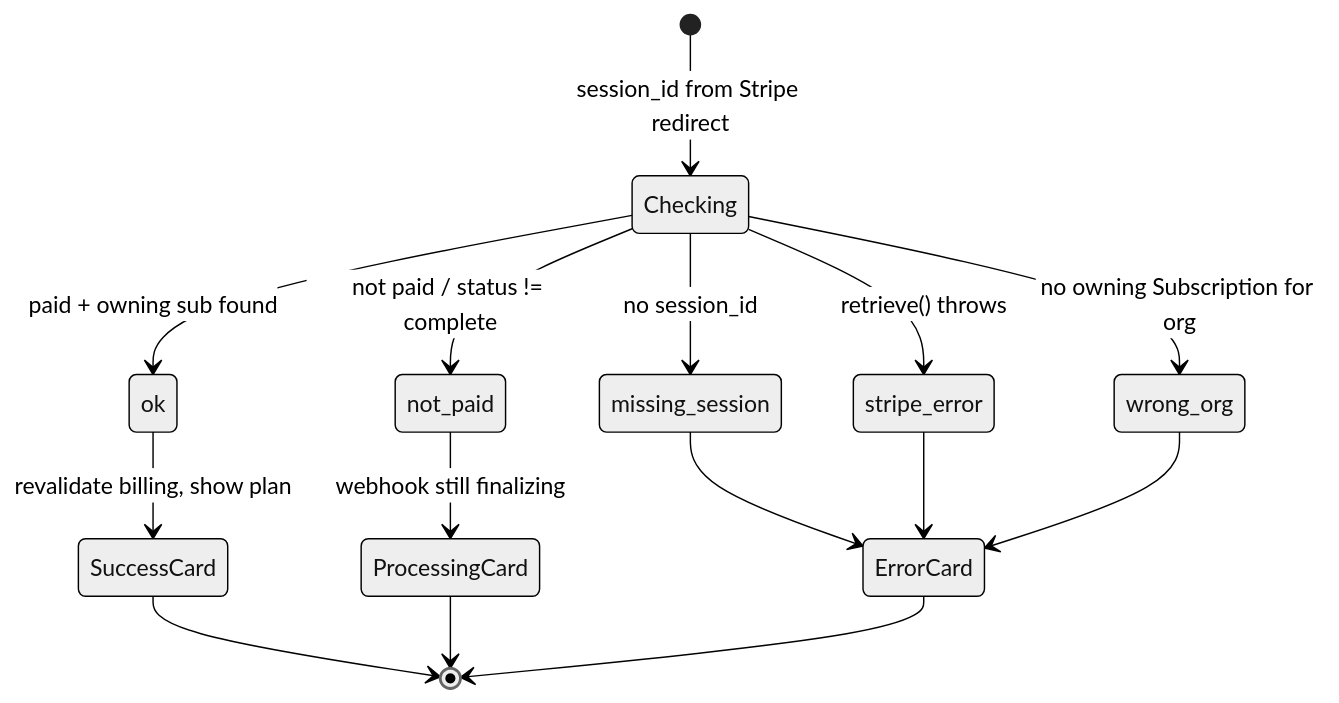
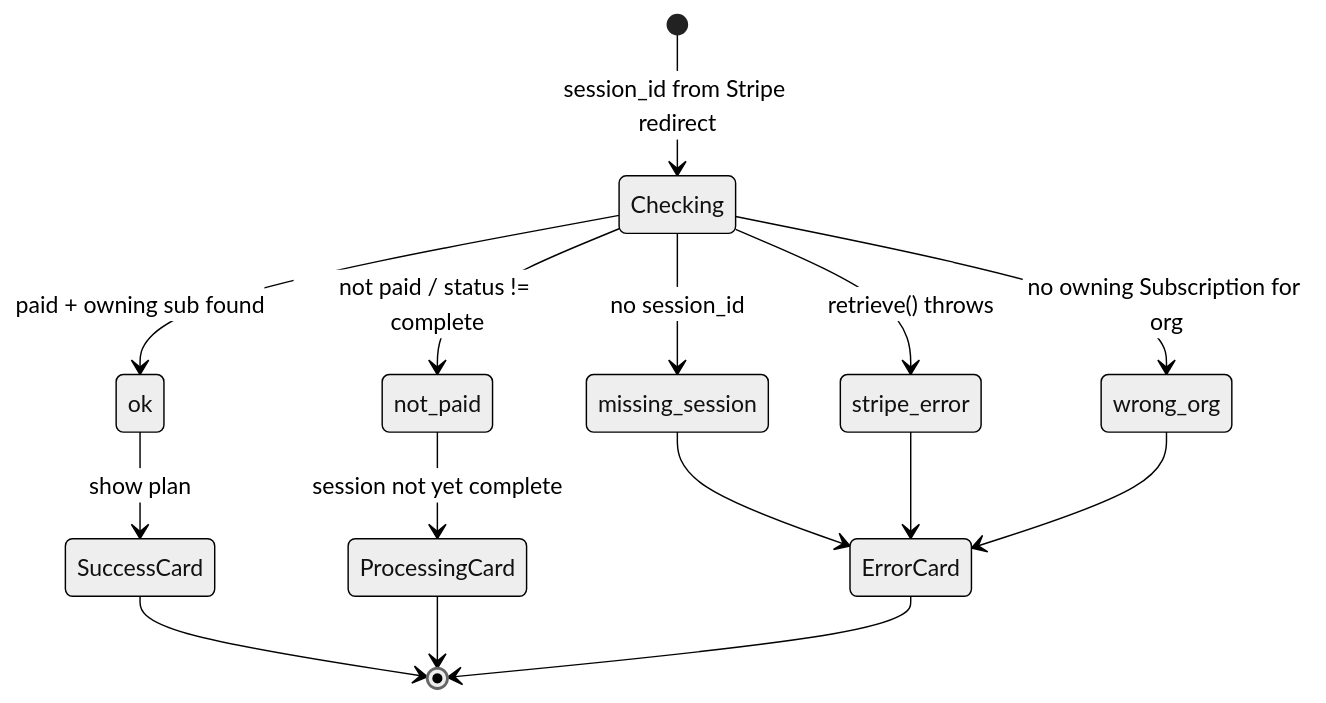
The first of 2 diagrams in docs/content/docs/payment/subscribe-and-checkout.mdx (saasprokit-com/saasprokit), drawn with Mermaid (neutral theme) before and after one commit. The commit also changed other lines of this file and 47 other files, not shown here.

````diff
--- a/docs/content/docs/payment/subscribe-and-checkout.mdx
+++ b/docs/content/docs/payment/subscribe-and-checkout.mdx
@@ -70,17 +83,17 @@
 ```mermaid
 stateDiagram-v2
     [*] --> Checking: session_id from Stripe redirect
     Checking --> missing_session: no session_id
     Checking --> stripe_error: retrieve() throws
     Checking --> not_paid: not paid / status != complete
     Checking --> wrong_org: no owning Subscription for org
     Checking --> ok: paid + owning sub found
-    ok --> SuccessCard: revalidate billing, show plan
-    not_paid --> ProcessingCard: webhook still finalizing
+    ok --> SuccessCard: show plan
+    not_paid --> ProcessingCard: session not yet complete
     missing_session --> ErrorCard
     stripe_error --> ErrorCard
     wrong_org --> ErrorCard
     SuccessCard --> [*]
     ProcessingCard --> [*]
     ErrorCard --> [*]
 ```
````
